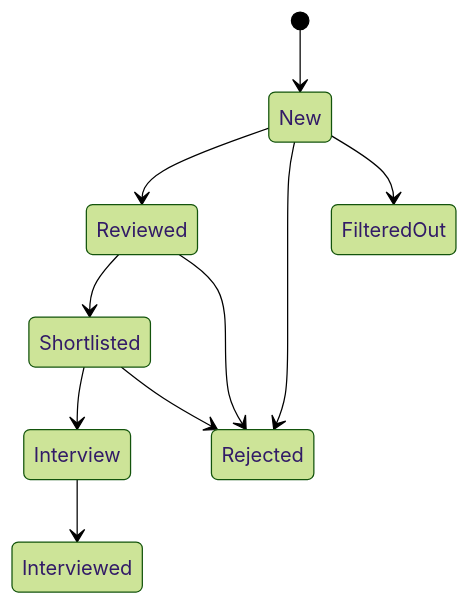
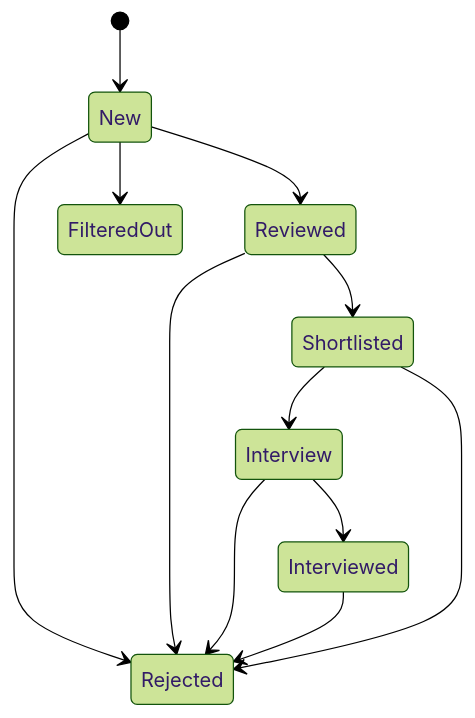
One commit to KhawVicky/HR-System changed the second of 3 diagrams in README.md. Above: the diagram before and after it, drawn with Mermaid (forest theme).

````diff
--- a/README.md
+++ b/README.md
@@ -208,12 +208,14 @@
 ```mermaid
 stateDiagram-v2
     [*] --> New
     New --> Reviewed
     Reviewed --> Shortlisted
     Shortlisted --> Interview
     Interview --> Interviewed
     New --> Rejected
     Reviewed --> Rejected
+    Interview --> Rejected
+    Interviewed --> Rejected
     Shortlisted --> Rejected
     New --> FilteredOut
 ```
````
